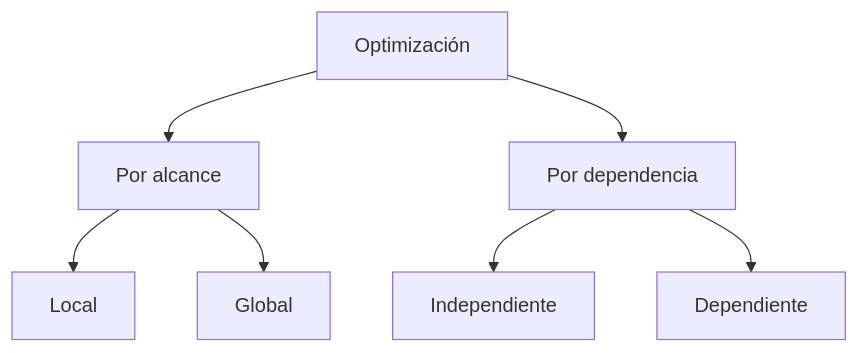
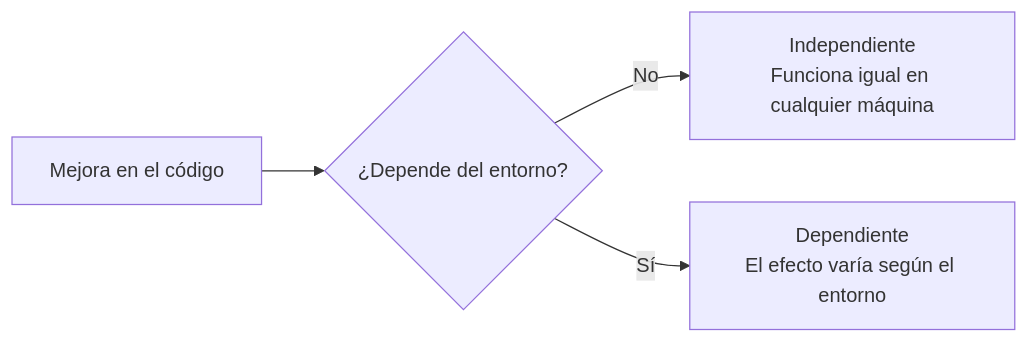
One commit to aitorventura/entornos-de-desarrollo changed the third of 3 diagrams in docs/tema4/optimizacion_y_tipos.md. Above: the diagram before and after it, drawn with Mermaid. The commit also changed other lines of this file and 60 other files, not shown here.

````diff
--- a/docs/tema4/optimizacion_y_tipos.md
+++ b/docs/tema4/optimizacion_y_tipos.md
@@ -107,11 +196,6 @@
 ```mermaid
-flowchart TB
-  A[Optimización] --> B[Por alcance]
-  A --> C[Por dependencia]
-
-  B --> B1[Local]
-  B --> B2[Global]
-
-  C --> C1[Independiente]
-  C --> C2[Dependiente]
+flowchart LR
+  A[Mejora en el código] --> B{¿Depende del entorno?}
+  B -->|No| C[Independiente\nFunciona igual en cualquier máquina]
+  B -->|Sí| D[Dependiente\nEl efecto varía según el entorno]
 ```
````
